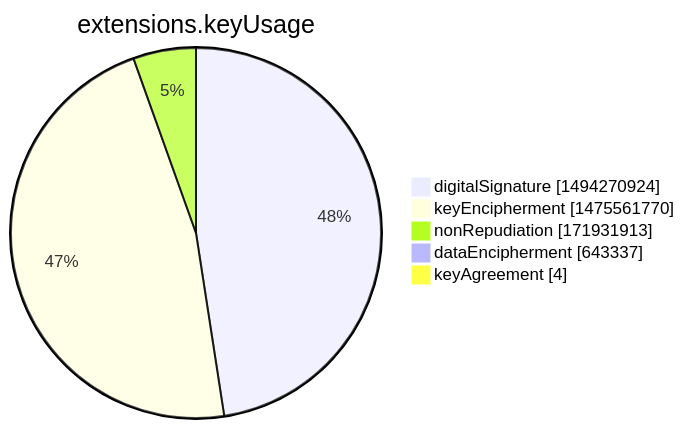
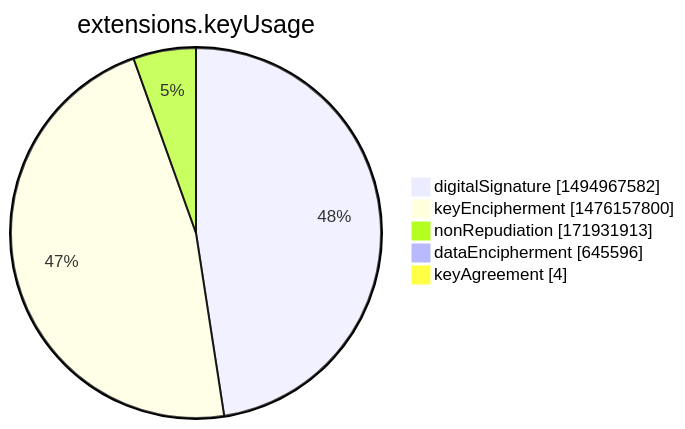
The seventh of 15 diagrams in argon2022/README.md (christiankrug/ctmonitor_visualization), drawn with Mermaid before and after one commit. The commit also changed other lines of this file, not shown here.

````diff
--- a/argon2022/README.md
+++ b/argon2022/README.md
@@ -2751,9 +2751,9 @@
 ```mermaid
 pie showData
 title extensions.keyUsage
-"digitalSignature" :1494270924
-"keyEncipherment" :1475561770
+"digitalSignature" :1494967582
+"keyEncipherment" :1476157800
 "nonRepudiation" :171931913
-"dataEncipherment" :643337
+"dataEncipherment" :645596
 "keyAgreement" :4
 ```
````
